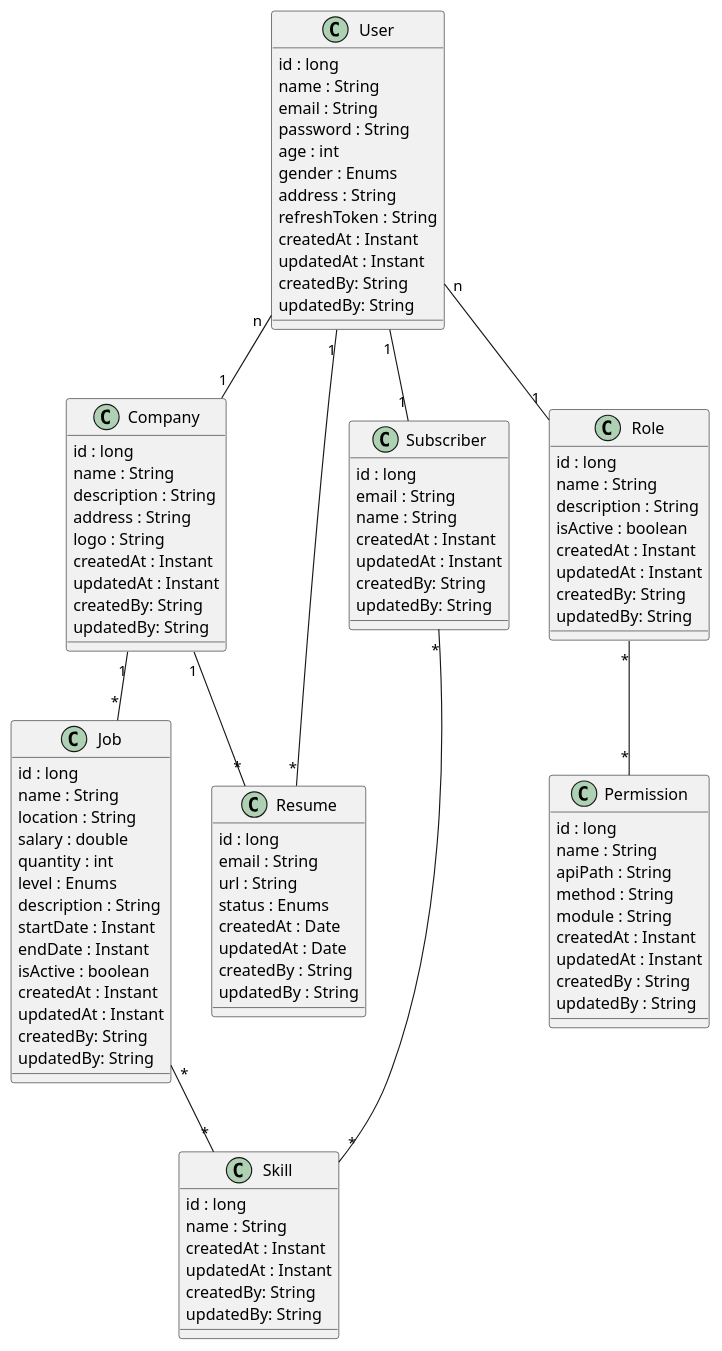
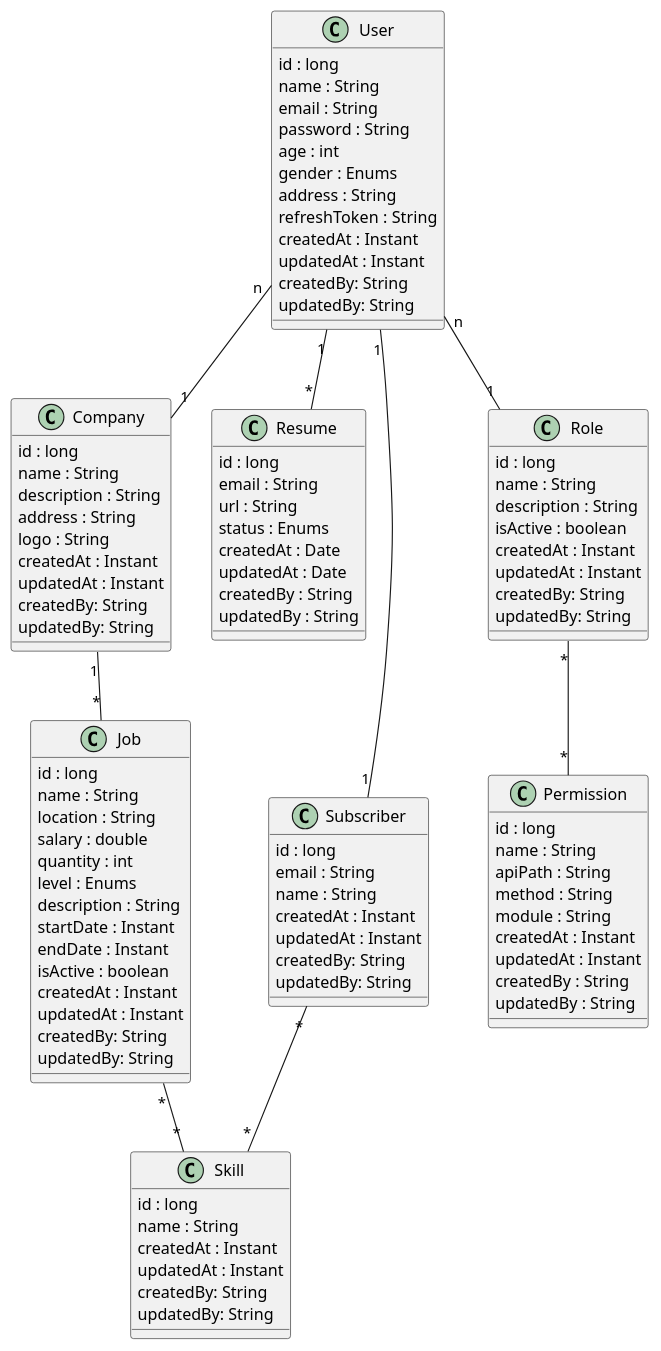
One commit to studentnguyen1/backend changed the diagram in src/main/java/vn/khanguyen/backend/diagram.plantuml. Above: the diagram before and after it, drawn with PlantUML. The commit also changed 7 other files, not shown here.

```diff
--- a/src/main/java/vn/khanguyen/backend/diagram.plantuml
+++ b/src/main/java/vn/khanguyen/backend/diagram.plantuml
@@ -1,111 +1,110 @@
 @startuml
 ' doneee
 class Company {
     id : long
     name : String
     description : String
     address : String
     logo : String
     createdAt : Instant
     updatedAt : Instant
     createdBy: String
     updatedBy: String
 }
 ' doneee
 class Job {
     id : long
     name : String
     location : String
     salary : double
     quantity : int
     level : Enums
     description : String
     startDate : Instant
     endDate : Instant
     isActive : boolean
     createdAt : Instant
     updatedAt : Instant
     createdBy: String
     updatedBy: String
 }
 ' doneee
 class Permission {
     id : long
     name : String
     apiPath : String
     method : String
     module : String
     createdAt : Instant
     updatedAt : Instant
     createdBy : String
     updatedBy : String
 }
 ' doneee
 class Resume {
     id : long
     email : String
     url : String
     status : Enums
     createdAt : Date
     updatedAt : Date
     createdBy : String
     updatedBy : String
 }
 ' doneee
 class Skill {
     id : long
     name : String
     createdAt : Instant
     updatedAt : Instant
     createdBy: String
     updatedBy: String
 }
 ' doneee
 class Subscriber {
     id : long
     email : String
     name : String
     createdAt : Instant
     updatedAt : Instant
     createdBy: String
     updatedBy: String
 }
 ' done
 class User {
     id : long
     name : String
     email : String
     password : String
     age : int
     gender : Enums
     address : String
     refreshToken : String
     createdAt : Instant
     updatedAt : Instant
     createdBy: String
     updatedBy: String
 }
 ' donee
 class Role {
     id : long
     name : String
     description : String
     isActive : boolean
     createdAt : Instant
     updatedAt : Instant
     createdBy: String
     updatedBy: String
     }
 
 ' Relationships
 User "n" -- "1" Role 
 User "n" -- "1" Company 
 User "1" -- "1" Subscriber
 User "1" -- "*" Resume
-Company "1" -- "*" Resume 
 Company "1" -- "*" Job 
 Job "*" -- "*" Skill 
 Role "*" -- "*" Permission
 Subscriber "*" -- "*" Skill 
 
 @enduml
```
